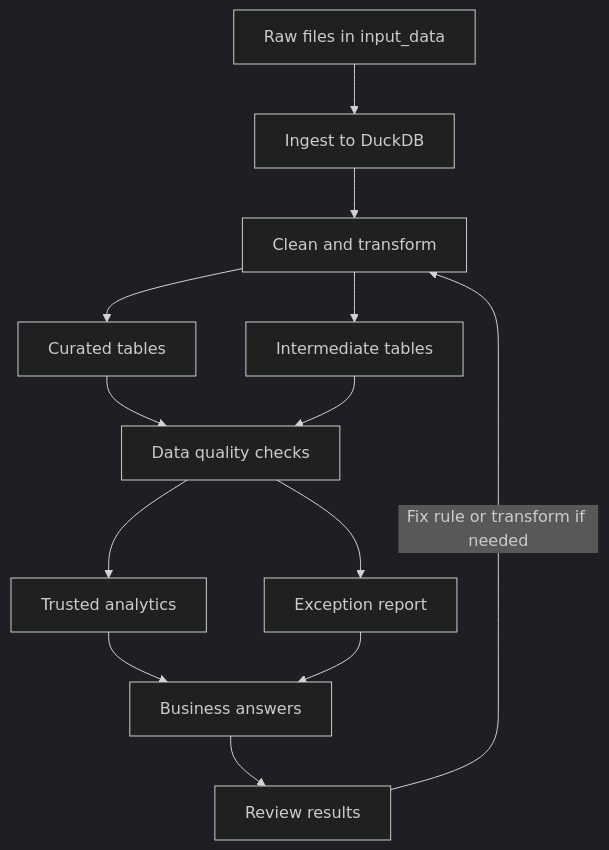
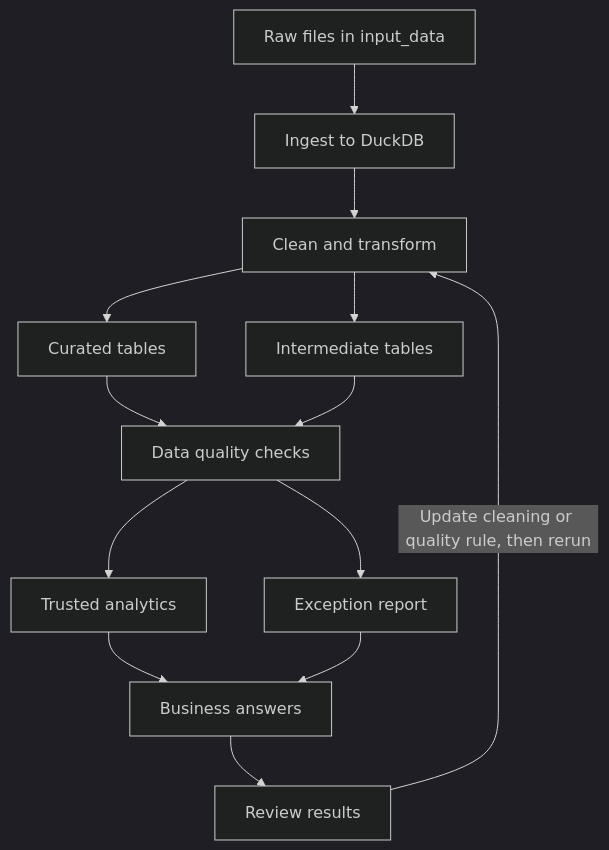
The diagram in README.md (dahimbis/omni-retail-agentic-data-management), drawn with Mermaid (dark theme) before and after one commit. The commit also changed other lines of this file, not shown here.

````diff
--- a/README.md
+++ b/README.md
@@ -39,20 +39,20 @@
 ```mermaid
 flowchart TD
   A[Raw files in input_data] --> B[Ingest to DuckDB]
   B --> C[Clean and transform]
 
   C --> D[Curated tables]
   C --> E[Intermediate tables]
 
   D --> F[Data quality checks]
   E --> F
 
   F --> G[Trusted analytics]
   F --> H[Exception report]
 
   G --> I[Business answers]
   H --> I
 
   I --> J[Review results]
-  J -->|Fix rule or transform if needed| C
+  J -->|Update cleaning or quality rule, then rerun| C
 ```
````
